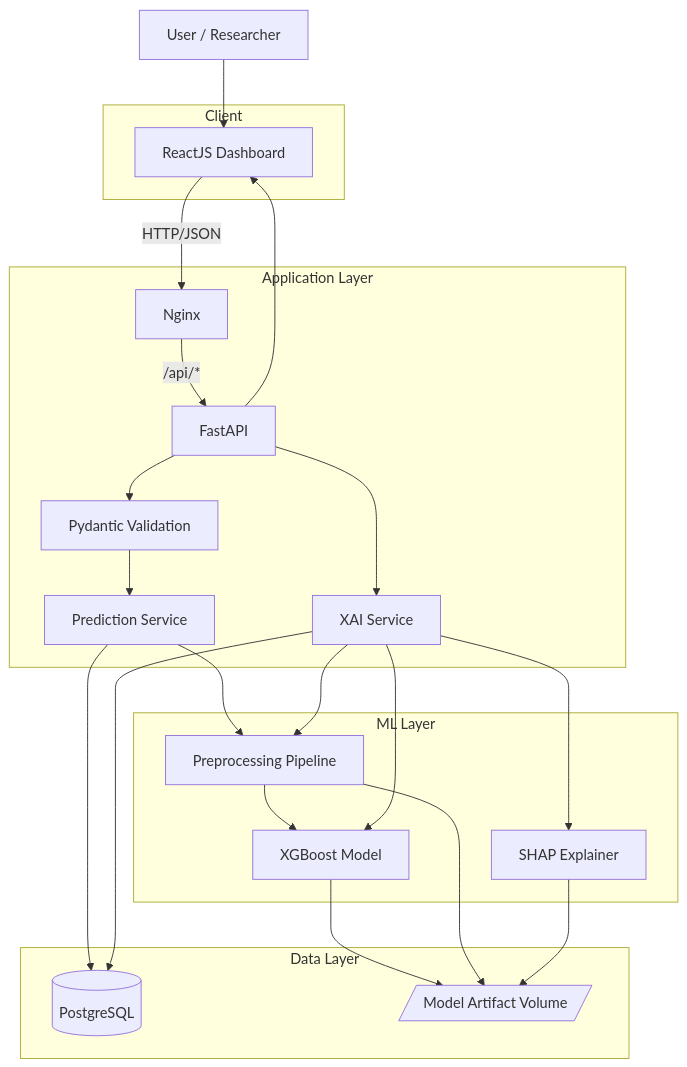
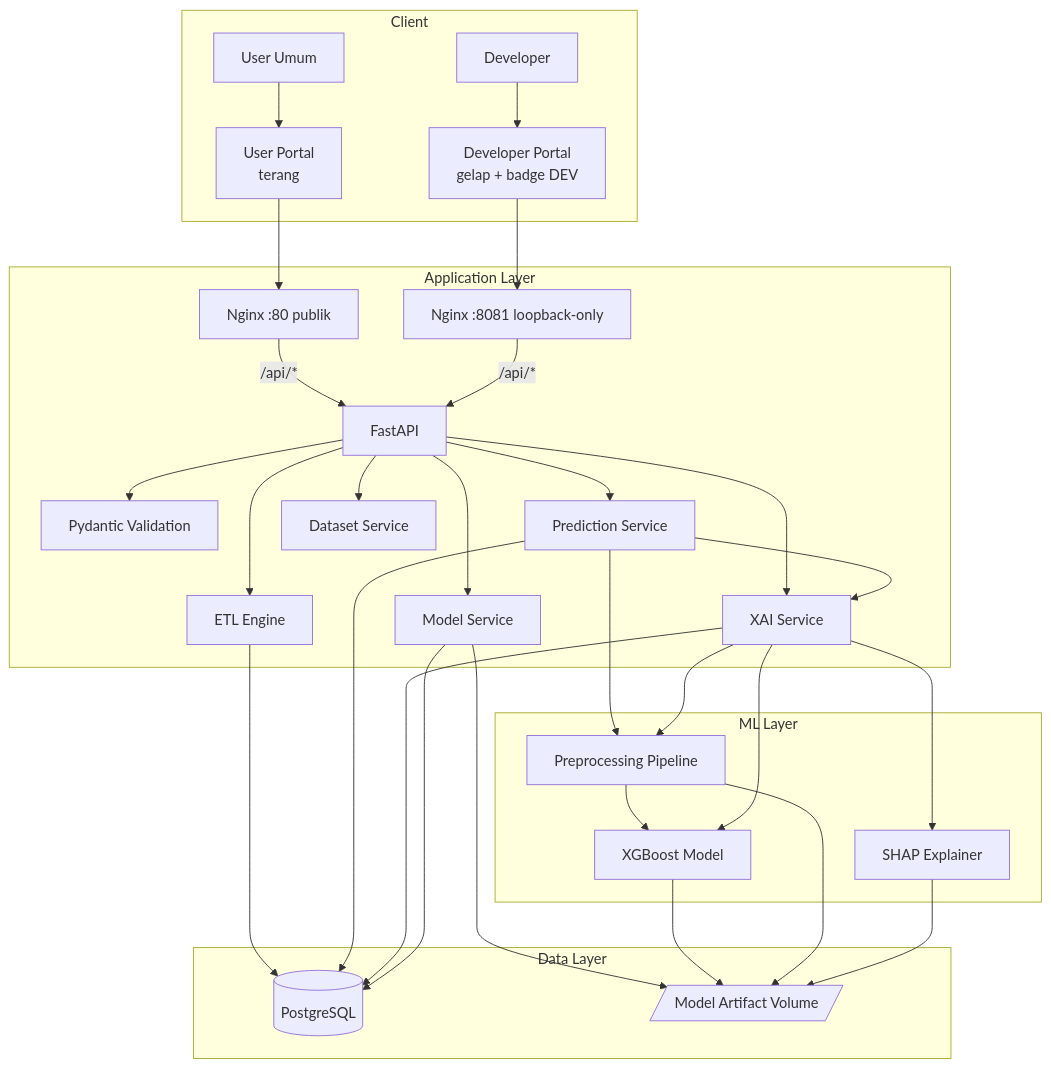
Before and after one commit to RistoKuy/XAI_Car_CP: the second of 4 diagrams in README.md, drawn with Mermaid. The commit also changed other lines of this file and 31 other files, not shown here.

First line of the commit message:
Developer Portal terisolasi: ETL upload Update/Replace + 6 modul + port loopback

````diff
--- a/README.md
+++ b/README.md
@@ -45,40 +90,55 @@
 ```mermaid
 flowchart TB
-    U[User / Researcher]
-    subgraph Browser[Client]
-        R[ReactJS Dashboard]
+    subgraph Client[Client]
+        U[User Umum]
+        D[Developer]
+        FE[User Portal\nterang]
+        DEV[Developer Portal\ngelap + badge DEV]
     end
     subgraph App[Application Layer]
-        N[Nginx]
+        N80[Nginx :80 publik]
+        N8081[Nginx :8081 loopback-only]
         F[FastAPI]
         V[Pydantic Validation]
         S[Prediction Service]
         X[XAI Service]
+        DM[Dataset Service]
+        ETL[ETL Engine]
+        MS[Model Service]
     end
     subgraph ML[ML Layer]
         P[Preprocessing Pipeline]
         M[XGBoost Model]
         SH[SHAP Explainer]
     end
     subgraph Data[Data Layer]
         PG[(PostgreSQL)]
         FS[/Model Artifact Volume/]
     end
-    U --> R
-    R -->|HTTP/JSON| N
-    N -->|/api/*| F
+    U --> FE
+    D --> DEV
+    FE --> N80
+    DEV --> N8081
+    N80 -->|/api/*| F
+    N8081 -->|/api/*| F
     F --> V
-    V --> S
+    F --> S
+    F --> X
+    F --> DM
+    F --> ETL
+    F --> MS
     S --> P
     P --> M
-    S --> PG
+    S --> X
     X --> SH
     X --> M
     X --> P
+    ETL --> PG
+    S --> PG
     X --> PG
+    MS --> PG
+    MS --> FS
     M --> FS
     P --> FS
     SH --> FS
-    F --> X
-    F --> R
 ```
````
